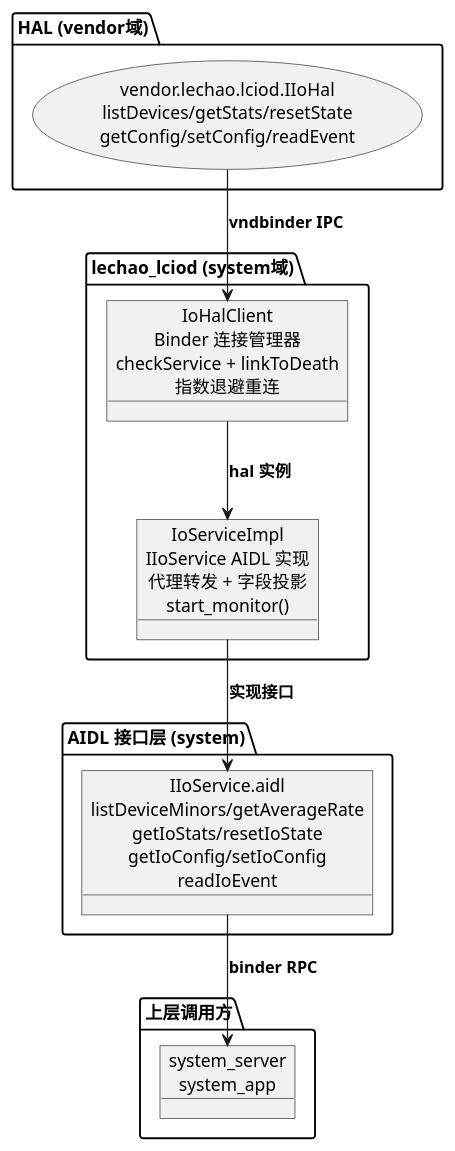
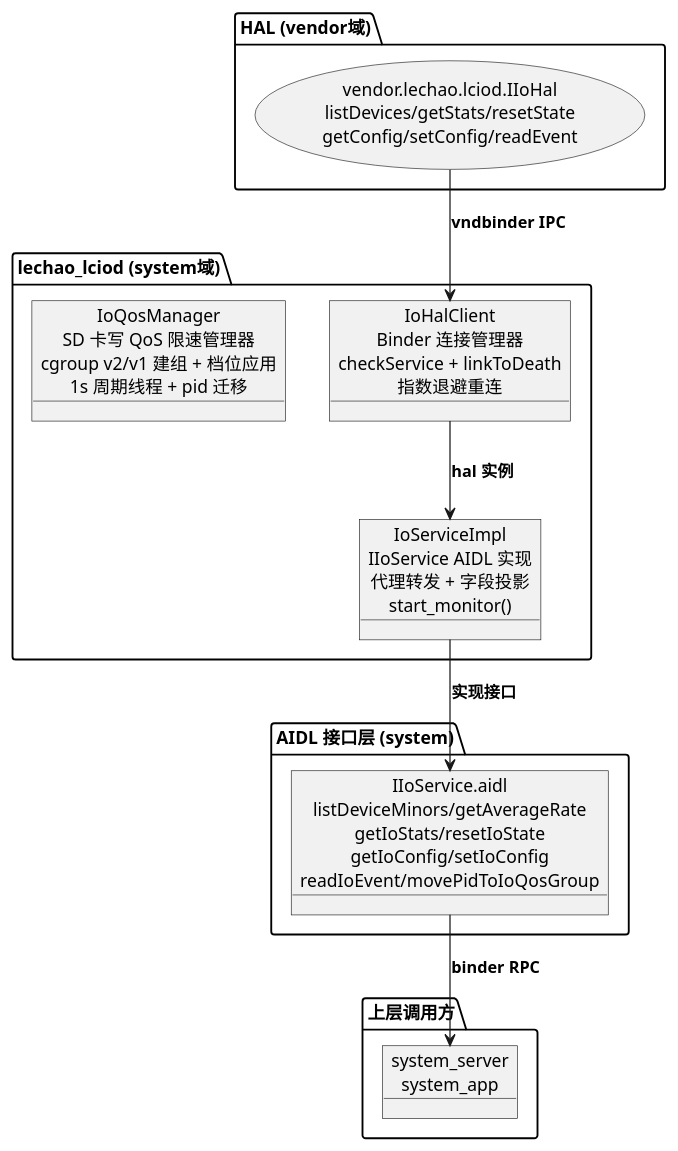
The sixth of 18 diagrams in docs/02-IO增强/02.03-Daemon增强-lciod-daemon.md (lechao365/AndroidSystemEnhance), drawn with PlantUML before and after one commit. The commit also changed other lines of this file and 86 other files, not shown here.

````diff
--- a/docs/02-IO增强/02.03-Daemon增强-lciod-daemon.md
+++ b/docs/02-IO增强/02.03-Daemon增强-lciod-daemon.md
@@ -170,26 +202,27 @@
 ```plantuml
 @startuml
 allowmixing
 package "HAL (vendor域)" as hal {
     usecase "vendor.lechao.lciod.IIoHal\nlistDevices/getStats/resetState\ngetConfig/setConfig/readEvent" as AIDL_V
 }
 
 package "lechao_lciod (system域)" as daemon {
     object "IoServiceImpl\nIIoService AIDL 实现\n代理转发 + 字段投影\nstart_monitor()" as SVC
     object "IoHalClient\nBinder 连接管理器\ncheckService + linkToDeath\n指数退避重连" as CLIENT
+    object "IoQosManager\nSD 卡写 QoS 限速管理器\ncgroup v2/v1 建组 + 档位应用\n1s 周期线程 + pid 迁移" as QOS
 }
 
 package "上层调用方" as callers {
     object "system_server\nsystem_app" as UP
 }
 
 package "AIDL 接口层 (system)" as aidl_s {
-    object "IIoService.aidl\nlistDeviceMinors/getAverageRate\ngetIoStats/resetIoState\ngetIoConfig/setIoConfig\nreadIoEvent" as AIDL_S
+    object "IIoService.aidl\nlistDeviceMinors/getAverageRate\ngetIoStats/resetIoState\ngetIoConfig/setIoConfig\nreadIoEvent/movePidToIoQosGroup" as AIDL_S
 }
 
 AIDL_V --> CLIENT : **vndbinder IPC**
 CLIENT --> SVC : **hal 实例**
 SVC --> AIDL_S : **实现接口**
 AIDL_S --> UP : **binder RPC**
 @enduml
 ```
````
